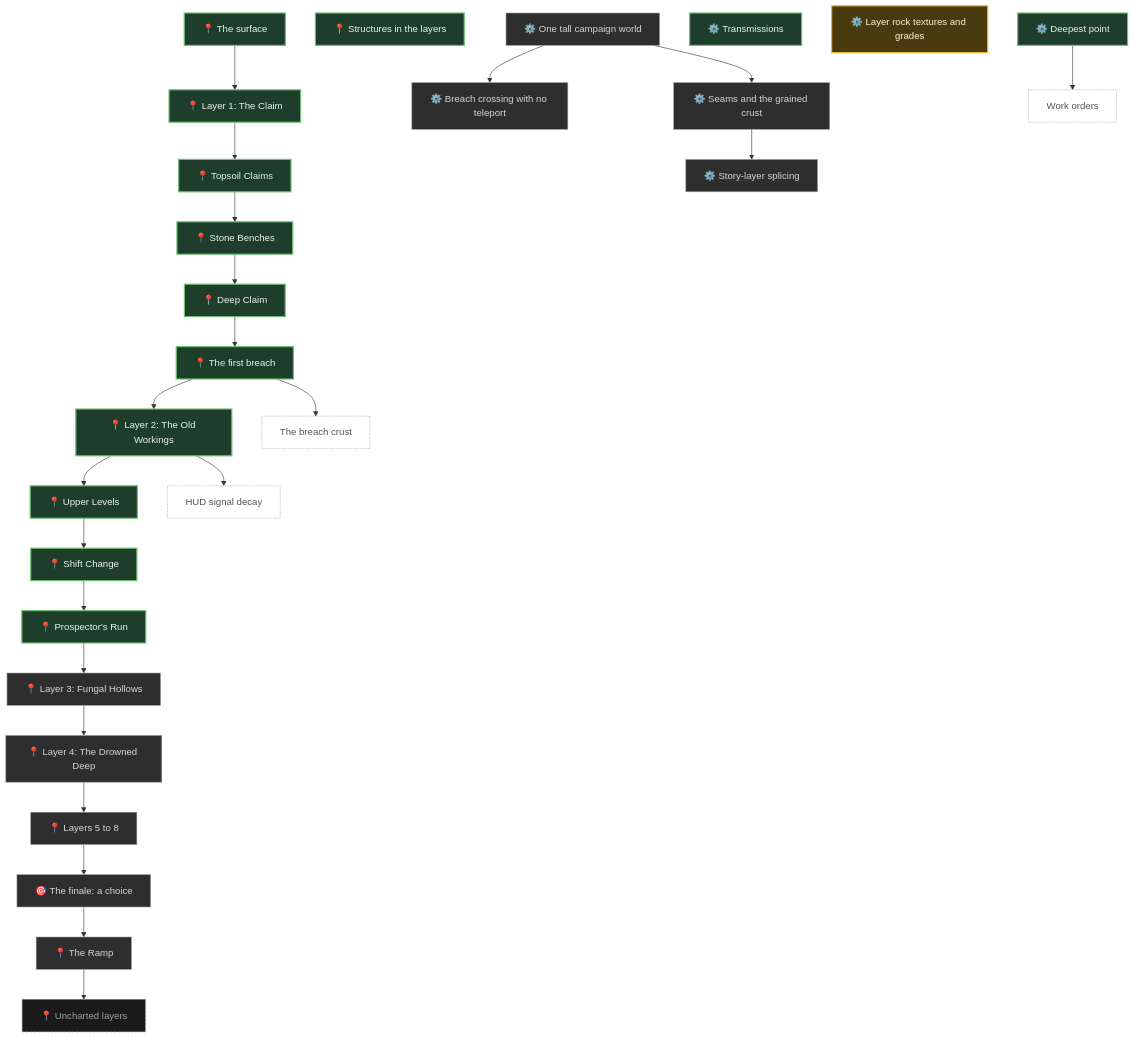
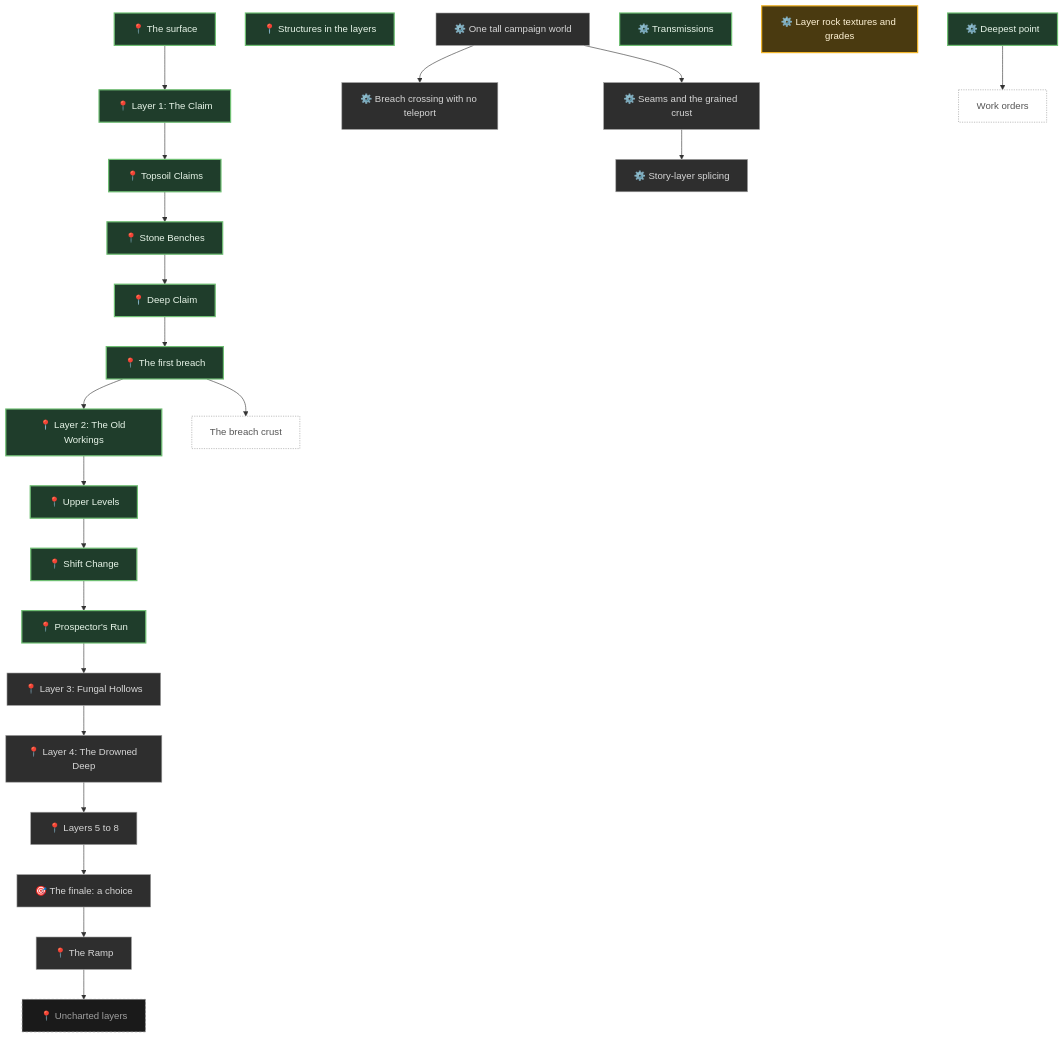
Diagram 25 of 30 in docs/FEATURE-MAP.md (pkeppeler/deepcharter), drawn with Mermaid before and after one commit. The commit also changed other lines of this file and 13 other files, not shown here.

Commit message:
Signal decay: bore-bot measurement, evidence scenarios, docs, feature map (#502)

````diff
--- a/docs/FEATURE-MAP.md
+++ b/docs/FEATURE-MAP.md
@@ -1313,61 +1314,59 @@
 ```mermaid
 flowchart TB
   n_surface["📍 The surface"]
   n_layer_1["📍 Layer 1: The Claim"]
   n_l1_topsoil["📍 Topsoil Claims"]
   n_l1_benches["📍 Stone Benches"]
   n_l1_deep["📍 Deep Claim"]
   n_layer_structures["📍 Structures in the layers"]
   n_breach_1["📍 The first breach"]
   n_deepest_point["⚙️ Deepest point"]
   n_transmissions["⚙️ Transmissions"]
   n_layer_2["📍 Layer 2: The Old Workings"]
   n_layer_depth_look["⚙️ Layer rock textures and grades"]
   n_l2_upper["📍 Upper Levels"]
   n_l2_shift["📍 Shift Change"]
   n_l2_run["📍 Prospector's Run"]
   n_breach_in_world["⚙️ Breach crossing with no teleport"]
   n_campaign_world["⚙️ One tall campaign world"]
   n_layer_3["📍 Layer 3: Fungal Hollows"]
   n_layer_4["📍 Layer 4: The Drowned Deep"]
   n_layers_5_8["📍 Layers 5 to 8"]
   n_finale["🎯 The finale: a choice"]
   n_ramp["📍 The Ramp"]
   n_seams["⚙️ Seams and the grained crust"]
   n_splice["⚙️ Story-layer splicing"]
   n_uncharted["📍 Uncharted layers"]
   n_breach_crust["The breach crust"]
-  n_signal_decay["HUD signal decay"]
   n_work_orders["Work orders"]
   n_breach_1 --> n_breach_crust
   n_breach_1 --> n_layer_2
   n_campaign_world --> n_breach_in_world
   n_campaign_world --> n_seams
   n_deepest_point --> n_work_orders
   n_finale --> n_ramp
   n_l1_benches --> n_l1_deep
   n_l1_deep --> n_breach_1
   n_l1_topsoil --> n_l1_benches
   n_l2_run --> n_layer_3
   n_l2_shift --> n_l2_run
   n_l2_upper --> n_l2_shift
   n_layer_1 --> n_l1_topsoil
   n_layer_2 --> n_l2_upper
-  n_layer_2 --> n_signal_decay
   n_layer_3 --> n_layer_4
   n_layer_4 --> n_layers_5_8
   n_layers_5_8 --> n_finale
   n_ramp --> n_uncharted
   n_seams --> n_splice
   n_surface --> n_layer_1
   classDef built fill:#1f3d2b,stroke:#6fbf73,stroke-width:2px,color:#e8f5e9
   classDef progress fill:#4a3a10,stroke:#f0b429,stroke-width:2px,color:#fff3d6
   classDef planned fill:#2e2e2e,stroke:#9e9e9e,stroke-width:1px,color:#d6d6d6
   classDef idea fill:#1a1a1a,stroke:#757575,stroke-width:1px,stroke-dasharray:4 3,color:#a0a0a0
   classDef ext fill:#ffffff,stroke:#999999,stroke-width:1px,stroke-dasharray:2 2,color:#555555
   class n_surface,n_layer_1,n_l1_topsoil,n_l1_benches,n_l1_deep,n_layer_structures,n_breach_1,n_deepest_point,n_transmissions,n_layer_2,n_l2_upper,n_l2_shift,n_l2_run built
   class n_layer_depth_look progress
   class n_breach_in_world,n_campaign_world,n_layer_3,n_layer_4,n_layers_5_8,n_finale,n_ramp,n_seams,n_splice planned
   class n_uncharted idea
-  class n_breach_crust,n_signal_decay,n_work_orders ext
+  class n_breach_crust,n_work_orders ext
 ```
````
